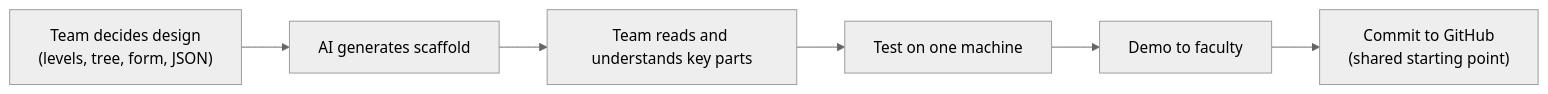
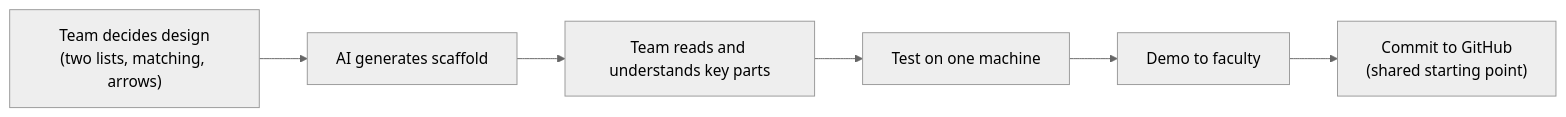
Before and after one commit to Dhriti-Sarkar/CSC360-AU2420123: the diagram in study-notes/ai-assisted-development-and-vibe-coding.md, drawn with Mermaid (neutral theme). The commit also changed other lines of this file and 9 other files, not shown here.

````diff
--- a/study-notes/ai-assisted-development-and-vibe-coding.md
+++ b/study-notes/ai-assisted-development-and-vibe-coding.md
@@ -11,8 +11,8 @@
 ```mermaid
 flowchart LR
-    A["Team decides design<br/>(levels, tree, form, JSON)"] --> B["AI generates scaffold"]
+    A["Team decides design<br/>(two lists, matching, arrows)"] --> B["AI generates scaffold"]
     B --> C["Team reads and understands key parts"]
     C --> D["Test on one machine"]
     D --> E["Demo to faculty"]
     E --> F["Commit to GitHub<br/>(shared starting point)"]
 ```
````
